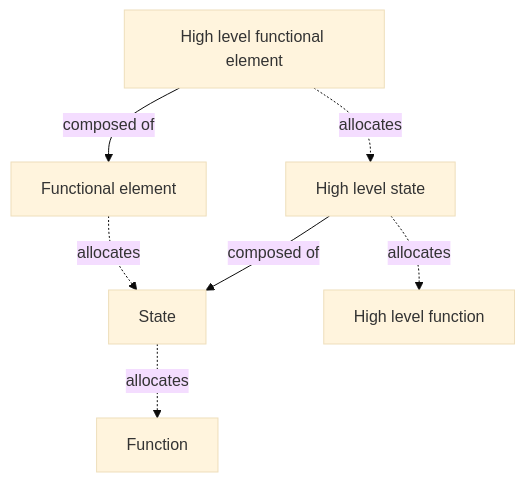
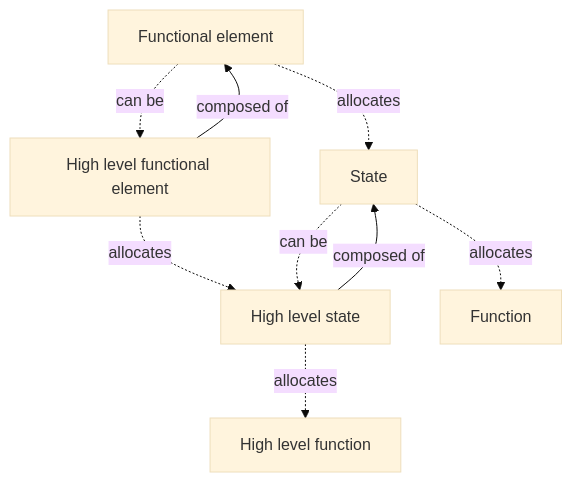
Before and after one commit to 3se-framework/3se-onto: the second of 6 diagrams in glossary.md, drawn with Mermaid (base theme). The commit also changed other lines of this file, not shown here.

````diff
--- a/glossary.md
+++ b/glossary.md
@@ -695,16 +713,18 @@
 ```mermaid
 flowchart TD
     N1["Functional element"]
     N2["State"]
     N3["High level functional element"]
     N4["High level state"]
     N5["High level function"]
     N6["Function"]
 
     N1 -.->|allocates| N2
+    N1 -.->|can be| N3
     N3 -->|composed of| N1
     N3 -.->|allocates| N4
     N4 -->|composed of| N2
     N4 -.->|allocates| N5
     N2 -.->|allocates| N6
+    N2 -.->|can be| N4
 ```
````
